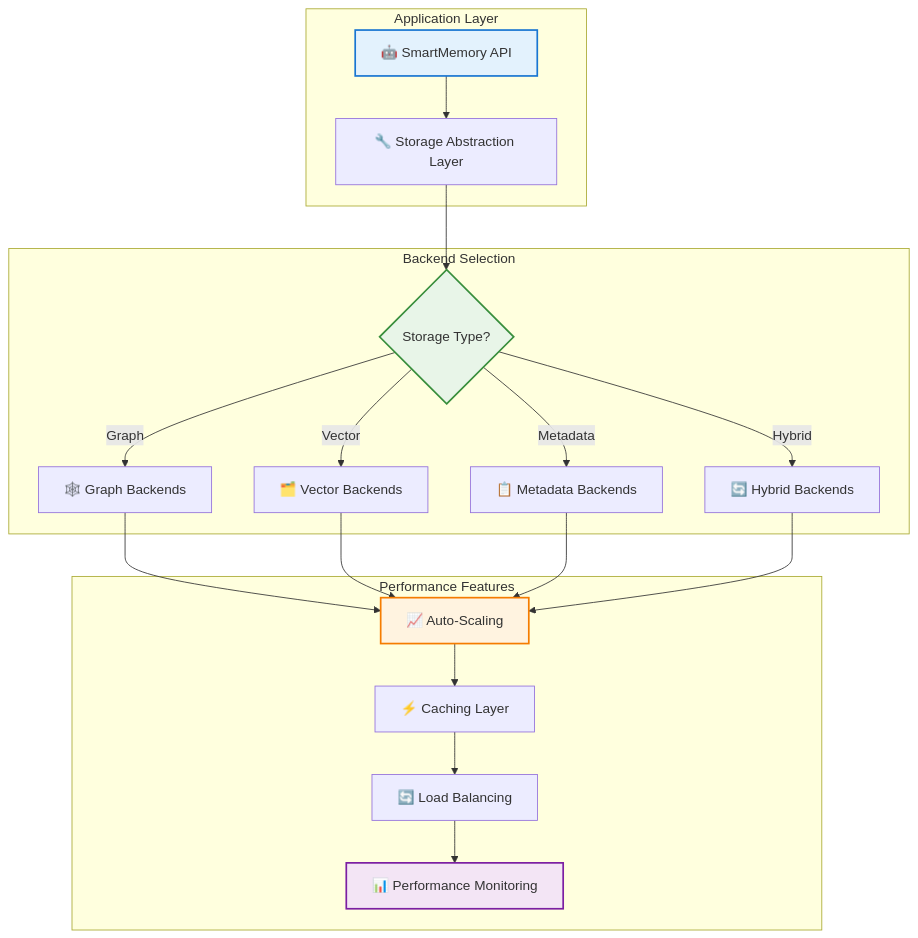
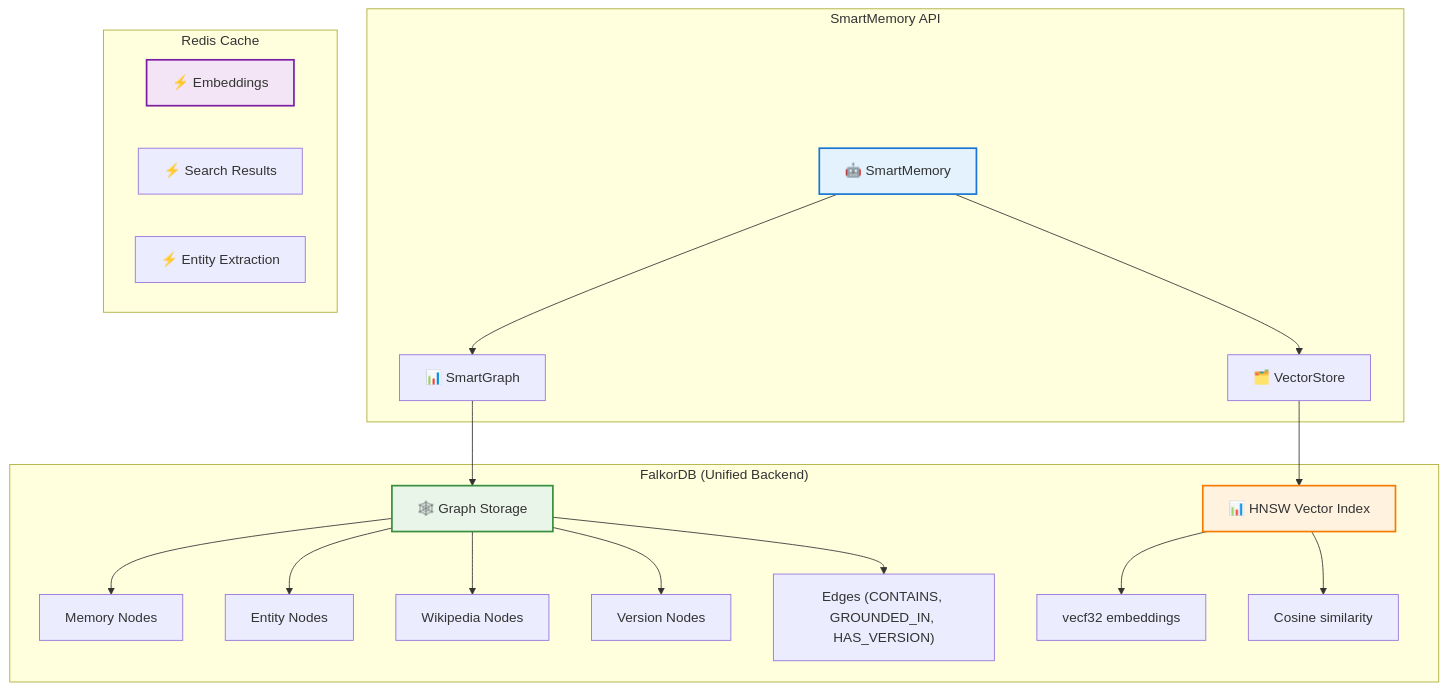
Before and after one commit to smart-memory/smart-memory: diagram 11 of 12 in docs/public/docs/intro.md, drawn with Mermaid. The commit also changed other lines of this file and 52 other files, not shown here.

````diff
--- a/docs/public/docs/intro.md
+++ b/docs/public/docs/intro.md
@@ -287,31 +357,32 @@
 ```mermaid
 flowchart TD
-    subgraph "Application Layer"
-        A["🤖 SmartMemory API"] --> B["🔧 Storage Abstraction Layer"]
+    subgraph "SmartMemory API"
+        A["🤖 SmartMemory"] --> B["📊 SmartGraph"]
+        A --> C["🗂️ VectorStore"]
     end
     
-    subgraph "Backend Selection"
-        B --> C{"Storage Type?"}
+    subgraph "FalkorDB (Unified Backend)"
+        B --> D["🕸️ Graph Storage"]
+        C --> E["📊 HNSW Vector Index"]
         
-        C -->|Graph| D["🕸️ Graph Backends"]
-        C -->|Vector| E["🗂️ Vector Backends"]
-        C -->|Metadata| F["📋 Metadata Backends"]
-        C -->|Hybrid| G["🔄 Hybrid Backends"]
+        D --> F["Memory Nodes"]
+        D --> G["Entity Nodes"]
+        D --> H["Wikipedia Nodes"]
+        D --> I["Version Nodes"]
+        D --> J["Edges (CONTAINS, GROUNDED_IN, HAS_VERSION)"]
+        
+        E --> K["vecf32 embeddings"]
+        E --> L["Cosine similarity"]
     end
     
-    subgraph "Performance Features"
-        D --> H["📈 Auto-Scaling"]
-        E --> H
-        F --> H
-        G --> H
-        
-        H --> I["⚡ Caching Layer"]
-        I --> J["🔄 Load Balancing"]
-        J --> K["📊 Performance Monitoring"]
+    subgraph "Redis Cache"
+        M["⚡ Embeddings"]
+        N["⚡ Search Results"]
+        O["⚡ Entity Extraction"]
     end
     
     style A fill:#e3f2fd,stroke:#1976d2,stroke-width:2px
-    style C fill:#e8f5e8,stroke:#388e3c,stroke-width:2px
-    style H fill:#fff3e0,stroke:#f57c00,stroke-width:2px
-    style K fill:#f3e5f5,stroke:#7b1fa2,stroke-width:2px
+    style D fill:#e8f5e8,stroke:#388e3c,stroke-width:2px
+    style E fill:#fff3e0,stroke:#f57c00,stroke-width:2px
+    style M fill:#f3e5f5,stroke:#7b1fa2,stroke-width:2px
 ```
````
